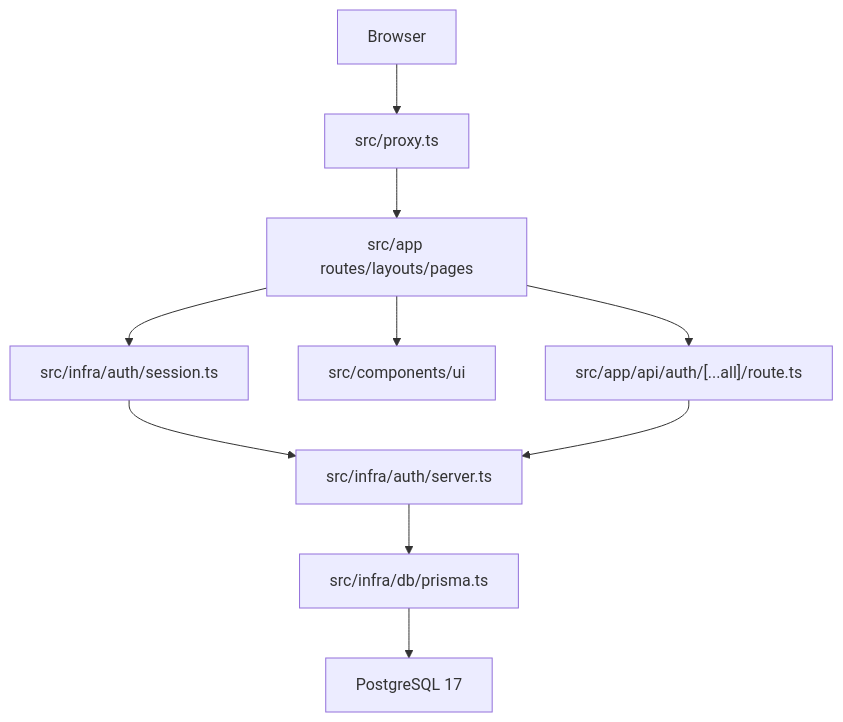
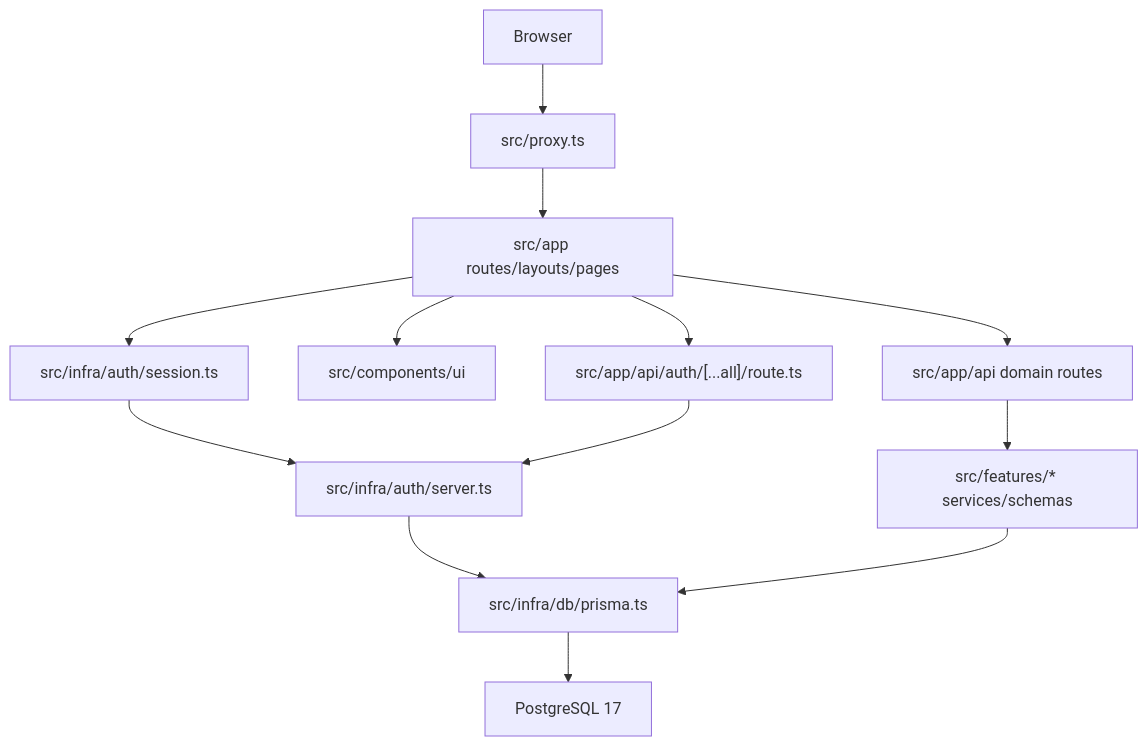
Before and after one commit to dpnunez/enade-simulados: the first of 4 diagrams in .specs/codebase/ARCHITECTURE.md, drawn with Mermaid. The commit also changed other lines of this file and 6 other files, not shown here.

Commit message:
feat(docs): update architecture, concerns, conventions, integrations, stack, structure, and testing documentation

````diff
--- a/.specs/codebase/ARCHITECTURE.md
+++ b/.specs/codebase/ARCHITECTURE.md
@@ -9,12 +9,15 @@
 ```mermaid
 flowchart TD
     Browser --> Proxy["src/proxy.ts"]
     Proxy --> AppRouter["src/app routes/layouts/pages"]
     AppRouter --> Session["src/infra/auth/session.ts"]
     Session --> BetterAuth["src/infra/auth/server.ts"]
     BetterAuth --> Prisma["src/infra/db/prisma.ts"]
     Prisma --> Postgres["PostgreSQL 17"]
     AppRouter --> UI["src/components/ui"]
     AppRouter --> AuthRoute["src/app/api/auth/[...all]/route.ts"]
     AuthRoute --> BetterAuth
+    AppRouter --> FeatureRoutes["src/app/api domain routes"]
+    FeatureRoutes --> Features["src/features/* services/schemas"]
+    Features --> Prisma
 ```
````
